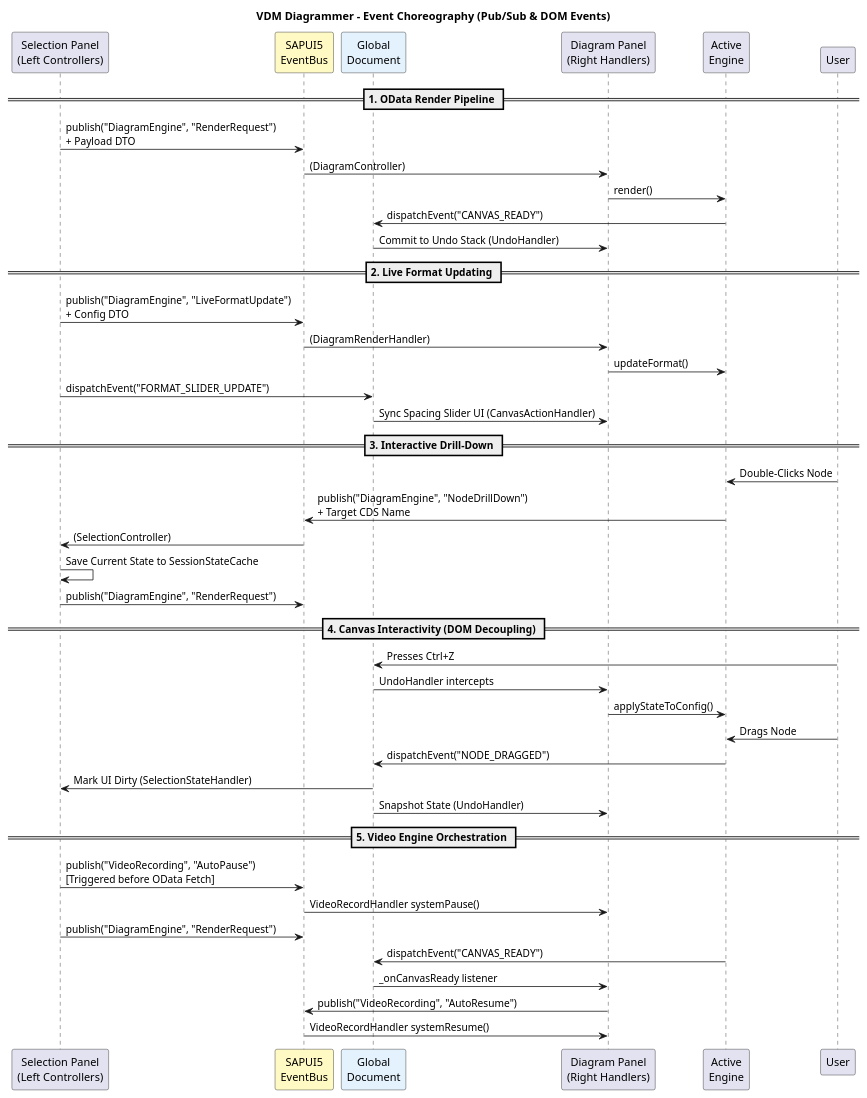
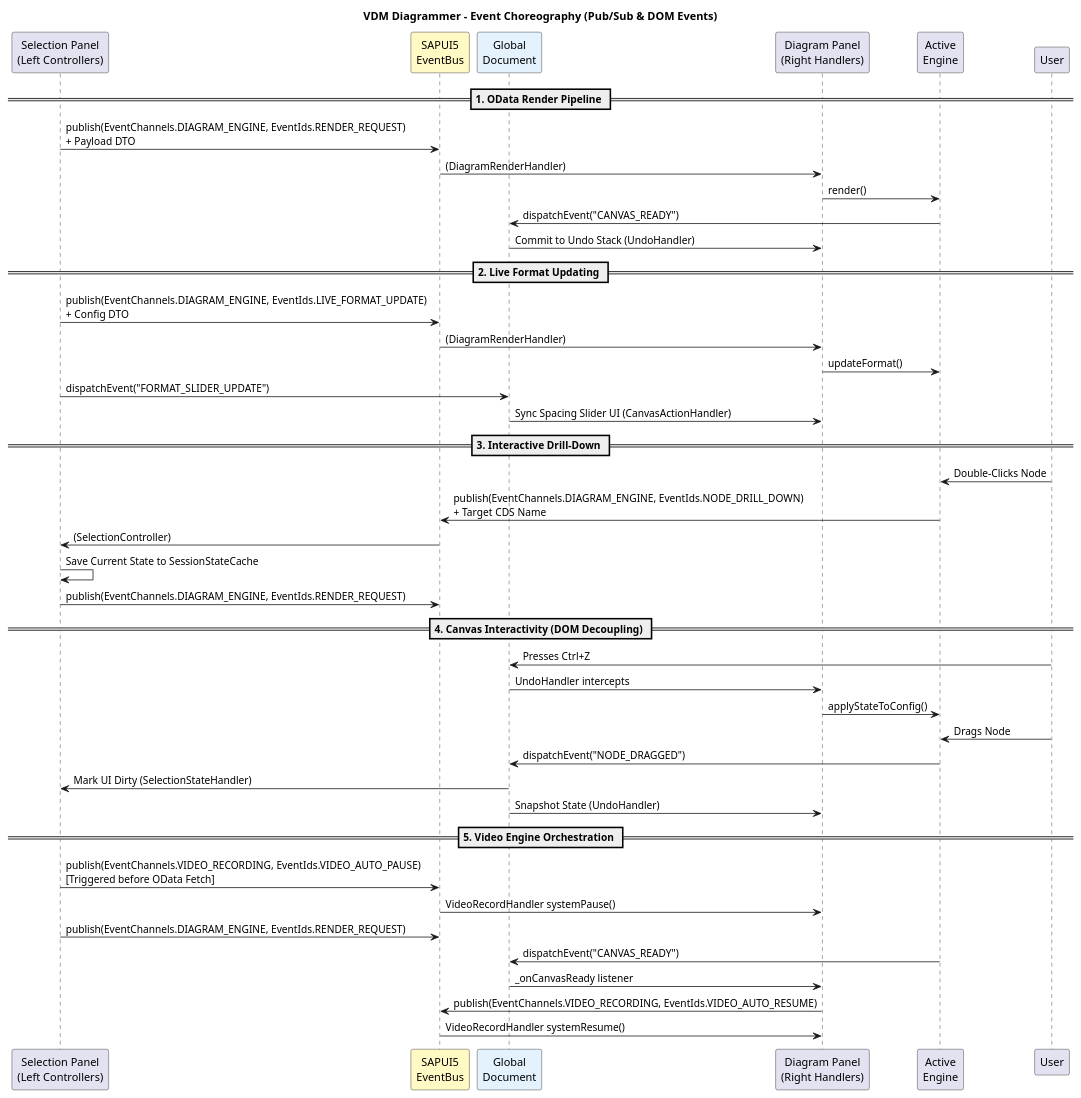
One commit to SiliconStreetDev1/abap-vdm-cds-diagram-ui changed the diagram in design/event_choreography.puml. Above: the diagram before and after it, drawn with PlantUML. The commit also changed 29 other files, not shown here.

```diff
--- a/design/event_choreography.puml
+++ b/design/event_choreography.puml
@@ -1,53 +1,53 @@
 @startuml
 title VDM Diagrammer - Event Choreography (Pub/Sub & DOM Events)
 
 skinparam handwritten false
 skinparam responseMessageBelowArrow true
 
 participant "Selection Panel\n(Left Controllers)" as Left
 participant "SAPUI5\nEventBus" as Bus #FFF9C4
 participant "Global\nDocument" as DOM #E3F2FD
 participant "Diagram Panel\n(Right Handlers)" as Right
 participant "Active\nEngine" as Engine
 
 == 1. OData Render Pipeline ==
-Left -> Bus : publish("DiagramEngine", "RenderRequest")\n+ Payload DTO
-Bus -> Right : (DiagramController)
+Left -> Bus : publish(EventChannels.DIAGRAM_ENGINE, EventIds.RENDER_REQUEST)\n+ Payload DTO
+Bus -> Right : (DiagramRenderHandler)
 Right -> Engine : render()
 Engine -> DOM : dispatchEvent("CANVAS_READY")
 DOM -> Right : Commit to Undo Stack (UndoHandler)
 
 == 2. Live Format Updating ==
-Left -> Bus : publish("DiagramEngine", "LiveFormatUpdate")\n+ Config DTO
+Left -> Bus : publish(EventChannels.DIAGRAM_ENGINE, EventIds.LIVE_FORMAT_UPDATE)\n+ Config DTO
 Bus -> Right : (DiagramRenderHandler)
 Right -> Engine : updateFormat()
 Left -> DOM : dispatchEvent("FORMAT_SLIDER_UPDATE")
 DOM -> Right : Sync Spacing Slider UI (CanvasActionHandler)
 
 == 3. Interactive Drill-Down ==
 User -> Engine : Double-Clicks Node
-Engine -> Bus : publish("DiagramEngine", "NodeDrillDown")\n+ Target CDS Name
+Engine -> Bus : publish(EventChannels.DIAGRAM_ENGINE, EventIds.NODE_DRILL_DOWN)\n+ Target CDS Name
 Bus -> Left : (SelectionController)
 Left -> Left : Save Current State to SessionStateCache
-Left -> Bus : publish("DiagramEngine", "RenderRequest")
+Left -> Bus : publish(EventChannels.DIAGRAM_ENGINE, EventIds.RENDER_REQUEST)
 
 == 4. Canvas Interactivity (DOM Decoupling) ==
 User -> DOM : Presses Ctrl+Z
 DOM -> Right : UndoHandler intercepts
 Right -> Engine : applyStateToConfig()
 
 User -> Engine : Drags Node
 Engine -> DOM : dispatchEvent("NODE_DRAGGED")
 DOM -> Left : Mark UI Dirty (SelectionStateHandler)
 DOM -> Right : Snapshot State (UndoHandler)
 
 == 5. Video Engine Orchestration ==
-Left -> Bus : publish("VideoRecording", "AutoPause")\n[Triggered before OData Fetch]
+Left -> Bus : publish(EventChannels.VIDEO_RECORDING, EventIds.VIDEO_AUTO_PAUSE)\n[Triggered before OData Fetch]
 Bus -> Right : VideoRecordHandler systemPause()
-Left -> Bus : publish("DiagramEngine", "RenderRequest")
+Left -> Bus : publish(EventChannels.DIAGRAM_ENGINE, EventIds.RENDER_REQUEST)
 Engine -> DOM : dispatchEvent("CANVAS_READY")
 DOM -> Right : _onCanvasReady listener
-Right -> Bus : publish("VideoRecording", "AutoResume")
+Right -> Bus : publish(EventChannels.VIDEO_RECORDING, EventIds.VIDEO_AUTO_RESUME)
 Bus -> Right : VideoRecordHandler systemResume()
 
 @enduml
```
